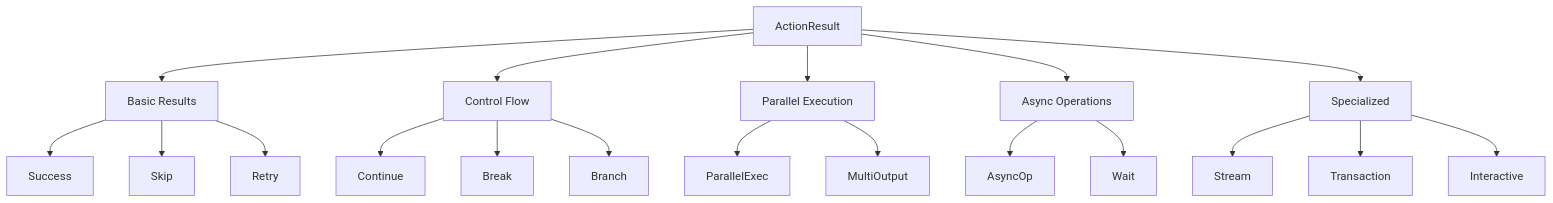
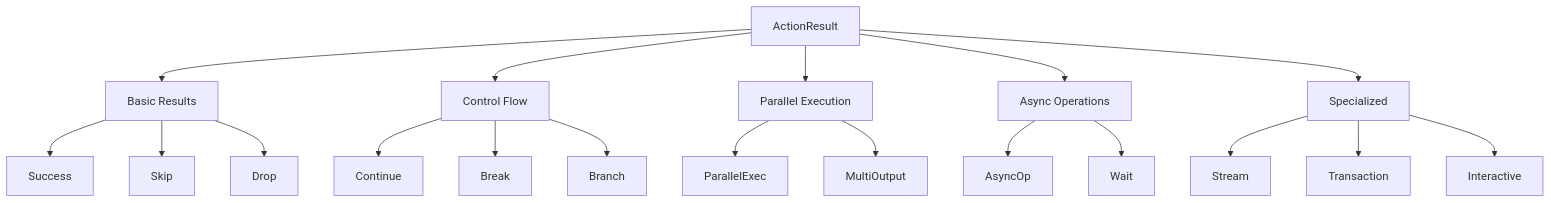
Before and after one commit to vanyastaff/nebula: the first of 2 diagrams in crates/action/docs/Action Result System.md, drawn with Mermaid. The commit also changed other lines of this file and 21 other files, not shown here.

First line of the commit message:
refactor(engine)!: close ROADMAP §M2.1 via remove-from-canon (#626)

````diff
--- a/crates/action/docs/Action Result System.md
+++ b/crates/action/docs/Action Result System.md
@@ -16,26 +16,26 @@
 ```mermaid
 graph TD
     AR[ActionResult] --> Basic[Basic Results]
     AR --> Control[Control Flow]
     AR --> Parallel[Parallel Execution]
     AR --> Async[Async Operations]
     AR --> Special[Specialized]
     
     Basic --> Success
     Basic --> Skip
-    Basic --> Retry
-    
+    Basic --> Drop
+
     Control --> Continue
     Control --> Break
     Control --> Branch
     
     Parallel --> ParallelExec
     Parallel --> MultiOutput
     
     Async --> AsyncOp
     Async --> Wait
     
     Special --> Stream
     Special --> Transaction
     Special --> Interactive
 ```
````
